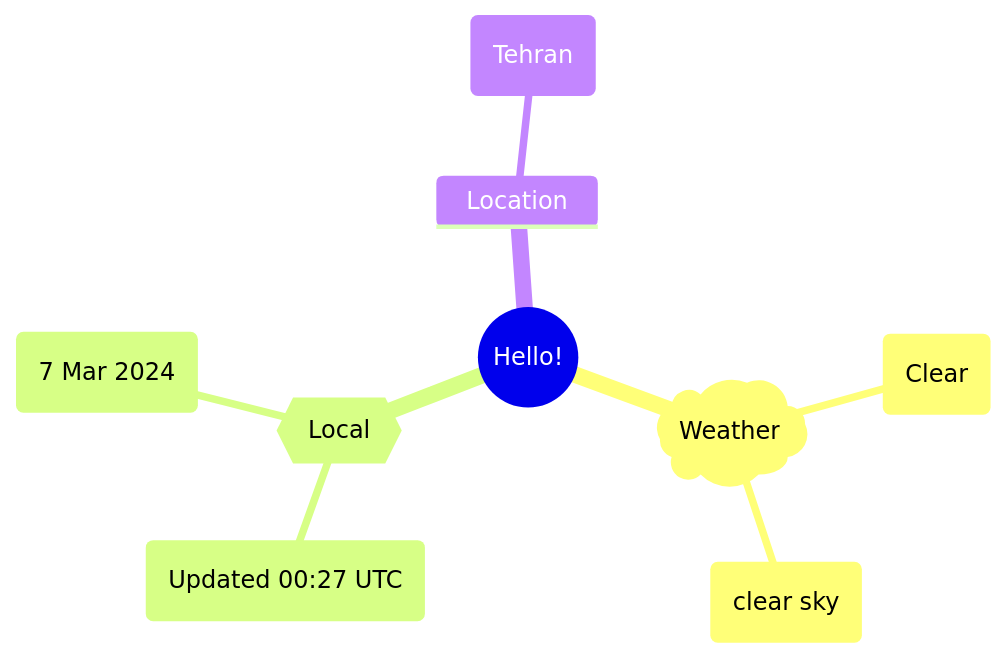
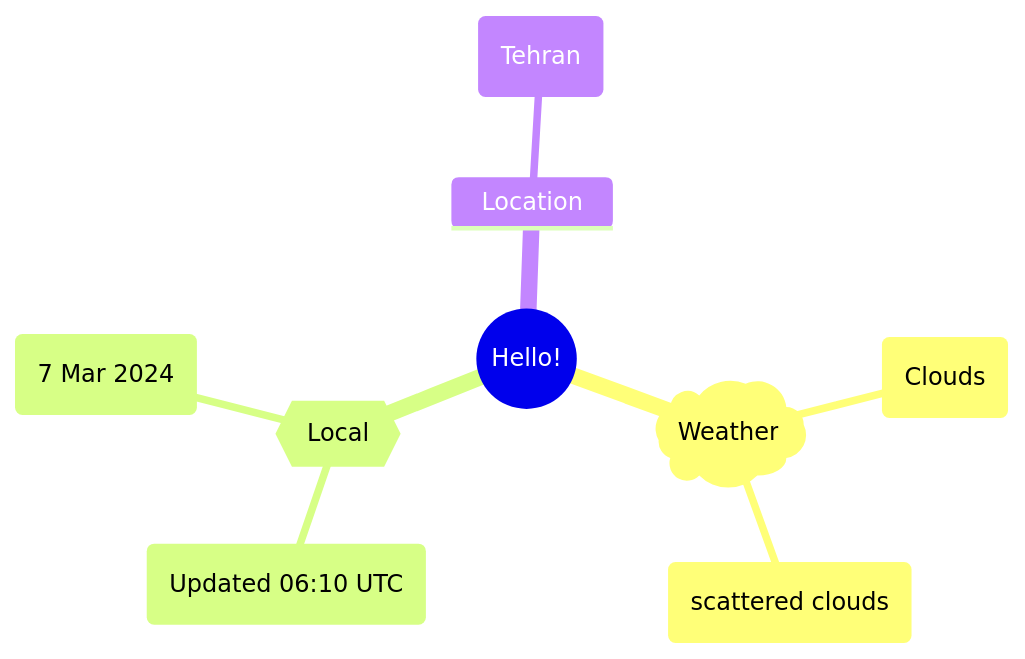
One commit to Xosrov/Xosrov changed the first of 2 diagrams in README.md. Above: the diagram before and after it, drawn with Mermaid.

Commit message:
[bot] updated images

````diff
--- a/README.md
+++ b/README.md
@@ -3,12 +3,12 @@
 ```mermaid
 mindmap
   root((Hello!))
     )Weather(
-        (Clear)
-        (clear sky)
+        (Clouds)
+        (scattered clouds)
     {{Local}}
-        (Updated 00:27 UTC)
+        (Updated 06:10 UTC)
         (7 Mar 2024)
     Location
         (Tehran)
 ```
````
